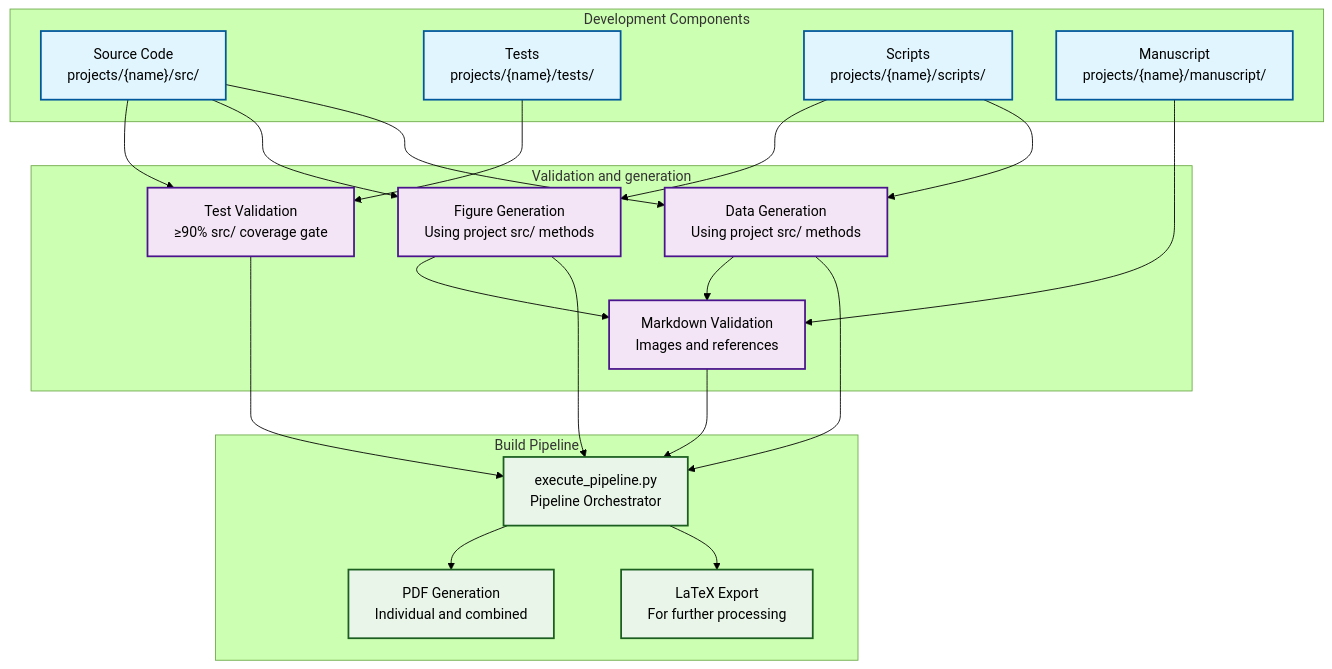
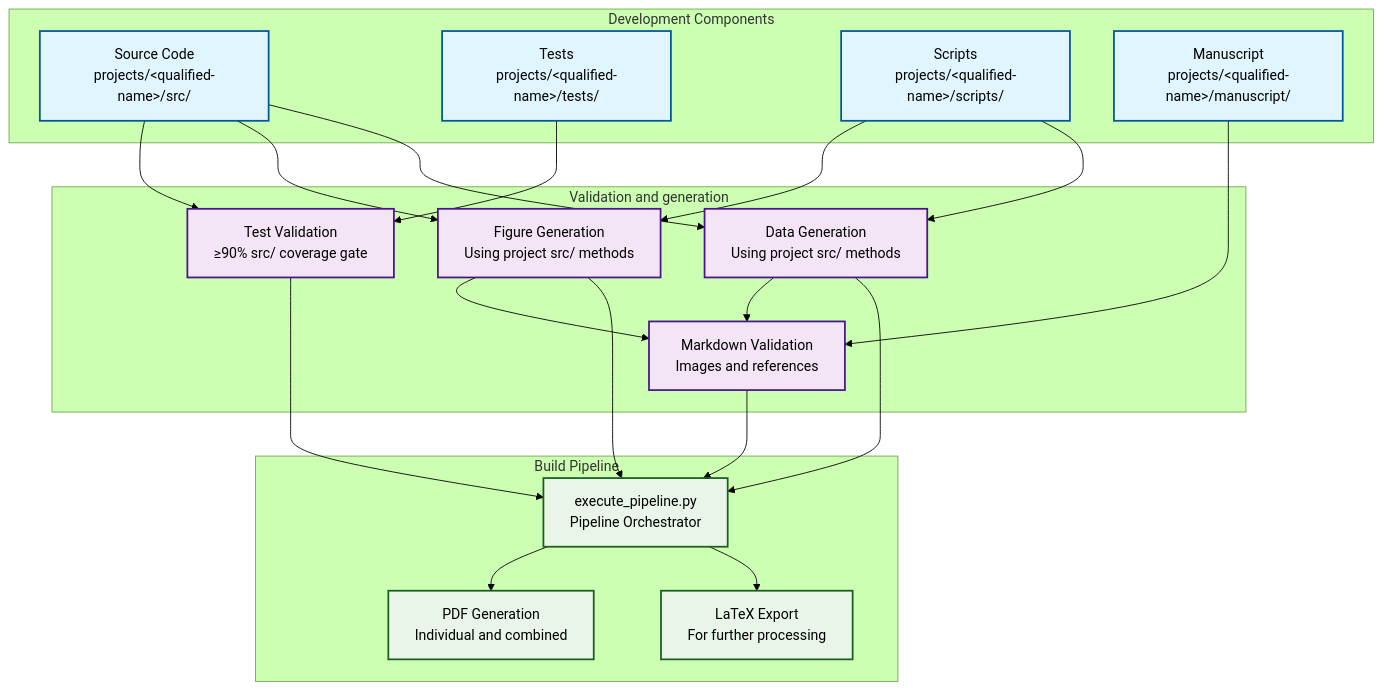
Before and after one commit to docxology/template: the first of 3 diagrams in docs/core/workflow.md, drawn with Mermaid (forest theme). The commit also changed other lines of this file and 82 other files, not shown here.

````diff
--- a/docs/core/workflow.md
+++ b/docs/core/workflow.md
@@ -27,48 +28,48 @@
 ```mermaid
 graph TB
     subgraph DEV["Development Components"]
-        SRC["Source Code<br/>projects/{name}/src/"]
-        TESTS["Tests<br/>projects/{name}/tests/"]
-        SCRIPTS["Scripts<br/>projects/{name}/scripts/"]
-        MANUSCRIPT["Manuscript<br/>projects/{name}/manuscript/"]
+        SRC["Source Code<br/>projects/&lt;qualified-name&gt;/src/"]
+        TESTS["Tests<br/>projects/&lt;qualified-name&gt;/tests/"]
+        SCRIPTS["Scripts<br/>projects/&lt;qualified-name&gt;/scripts/"]
+        MANUSCRIPT["Manuscript<br/>projects/&lt;qualified-name&gt;/manuscript/"]
     end
 
     subgraph VALGEN["Validation and generation"]
         VALIDATION["Test Validation<br/>≥90% src/ coverage gate"]
         FIGURES["Figure Generation<br/>Using project src/ methods"]
         DATA["Data Generation<br/>Using project src/ methods"]
         MARKDOWN_VAL["Markdown Validation<br/>Images and references"]
     end
 
     subgraph PIPE["Build Pipeline"]
         RENDER["execute_pipeline.py<br/>Pipeline Orchestrator"]
         PDFS["PDF Generation<br/>Individual and combined"]
         LATEX["LaTeX Export<br/>For further processing"]
     end
 
     SRC --> VALIDATION
     TESTS --> VALIDATION
     SRC --> FIGURES
     SRC --> DATA
     SCRIPTS --> FIGURES
     SCRIPTS --> DATA
     MANUSCRIPT --> MARKDOWN_VAL
     FIGURES --> MARKDOWN_VAL
     DATA --> MARKDOWN_VAL
 
     VALIDATION --> RENDER
     FIGURES --> RENDER
     DATA --> RENDER
     MARKDOWN_VAL --> RENDER
 
     RENDER --> PDFS
     RENDER --> LATEX
 
     classDef component fill:#e1f5fe,stroke:#01579b,stroke-width:2px
     classDef validation fill:#f3e5f5,stroke:#4a148c,stroke-width:2px
     classDef pipeline fill:#e8f5e8,stroke:#1b5e20,stroke-width:2px
 
     class SRC,TESTS,SCRIPTS,MANUSCRIPT component
     class VALIDATION,FIGURES,DATA,MARKDOWN_VAL validation
     class RENDER,PDFS,LATEX pipeline
 ```
````
